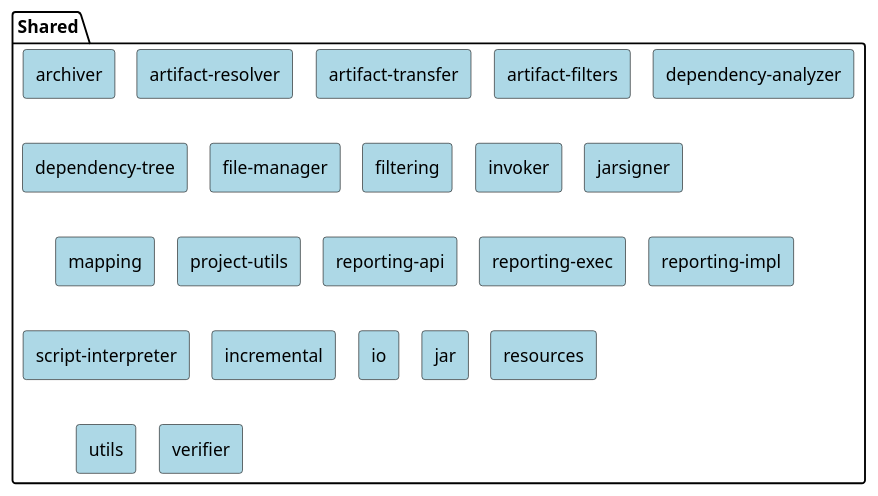
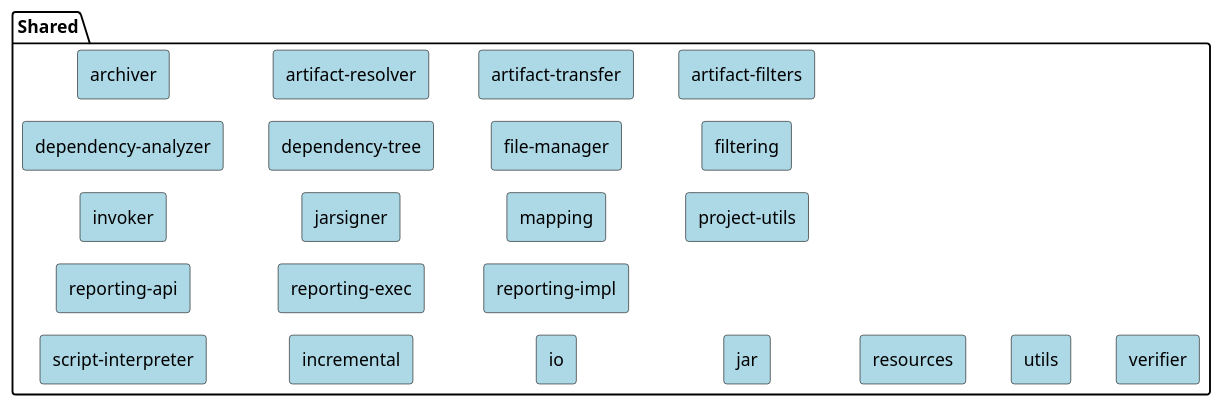
The diagram in src/plantuml/maven-sources/scm_shared.puml (Bukama/maven-site), drawn with PlantUML before and after one commit. The commit also changed other lines of this file and 2 other files, not shown here.

```diff
--- a/src/plantuml/maven-sources/scm_shared.puml
+++ b/src/plantuml/maven-sources/scm_shared.puml
@@ -19,61 +19,90 @@
 @startuml
 !pragma layout smetana
 
 <style>
+
     rectangle {
         BackgroundColor LightBlue
     }
 }
 </style>
 
 package "Shared" {
+
+left to right direction
+
   rectangle "archiver"
   rectangle "artifact-resolver"
   rectangle "artifact-transfer"
   rectangle "artifact-filters"
   rectangle "dependency-analyzer"
   rectangle "dependency-tree"
   rectangle "file-manager"
   rectangle "filtering"
   rectangle "invoker"
   rectangle "jarsigner"
   rectangle "mapping"
   rectangle "project-utils"
   rectangle "reporting-api"
   rectangle "reporting-exec"
   rectangle "reporting-impl"
   rectangle "script-interpreter"
   rectangle "incremental"
   rectangle "io"
   rectangle "jar"
   rectangle "resources"
   rectangle "utils"
   rectangle "verifier"
 }
 
+'hidden dependencies to change layout
+"archiver" -[hidden]down- "artifact-resolver"
+"artifact-resolver" -[hidden]down- "artifact-transfer"
+"artifact-transfer" -[hidden]down- "artifact-filters"
+
+"archiver"  -[hidden]left- "dependency-analyzer"
+"dependency-analyzer" -[hidden]down- "dependency-tree"
+"dependency-tree" -[hidden]down- "file-manager"
+"file-manager" -[hidden]down- "filtering"
+
+"dependency-analyzer" -[hidden]left- "invoker"
+"invoker" -[hidden]down- "jarsigner"
+"jarsigner" -[hidden]down- "mapping"
+"mapping" -[hidden]down- "project-utils"
+
+"invoker" -[hidden]left- "reporting-api"
+"reporting-api" -[hidden]down- "reporting-exec"
+"reporting-exec" -[hidden]down- "reporting-impl"
+
+"reporting-api" -[hidden]left- "script-interpreter"
+"script-interpreter" -[hidden]down- "incremental"
+"incremental" -[hidden]down- "io"
+"io" -[hidden]down- "jar"
+"jar" -[hidden]down- "resources"
+"resources" -[hidden]down- "utils"
+"utils" -[hidden]down- "verifier"
+
+
 url of "archiver" is [[https://github.com/apache/maven-archiver]]
 url of "artifact-resolver" is [[https://github.com/apache/maven-resolver]]
 url of "artifact-transfer" is [[https://github.com/apache/maven-artifact-transfer]]
 url of "artifact-filters" is [[https://github.com/apache/maven-common-artifact-filters]]
 url of "dependency-analyzer" is [[https://github.com/apache/maven-dependency-analyzer]]
 url of "dependency-tree" is [[https://github.com/apache/maven-dependency-tree]]
 url of "file-manager" is [[https://github.com/apache/maven-file-management]]
 url of "filtering" is [[https://github.com/apache/maven-filtering]]
 url of "invoker" is [[https://github.com/apache/maven-invoker]]
-url of "jarsigner" is [[https://github.com/apache/maven-jarsigner-plugin]]
+url of "jarsigner" is [[https://github.com/apache/maven-jarsigner]]
 url of "mapping" is [[https://github.com/apache/maven-mapping]]
 url of "project-utils" is [[https://github.com/apache/maven-project-utils]]
 url of "reporting-api" is [[https://github.com/apache/maven-reporting-api]]
 url of "reporting-exec" is [[https://github.com/apache/maven-reporting-exec]]
 url of "reporting-impl" is [[https://github.com/apache/maven-reporting-impl]]
 url of "script-interpreter" is [[https://github.com/apache/maven-script-interpreter]]
 url of "incremental" is [[https://github.com/apache/maven-shared-incremental]]
 url of "io" is [[https://github.com/apache/maven-shared-io]]
 url of "jar" is [[https://github.com/apache/maven-shared-jar]]
 url of "resources" is [[https://github.com/apache/maven-shared-resources]]
 url of "utils" is [[https://github.com/apache/maven-shared-utils]]
 url of "verifier" is [[https://github.com/apache/maven-verifier]]
-
-
-
 @enduml
```
